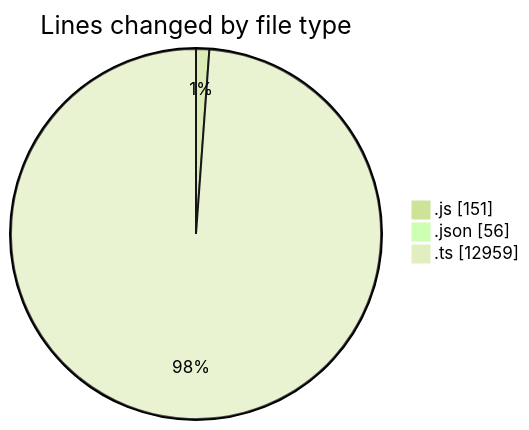
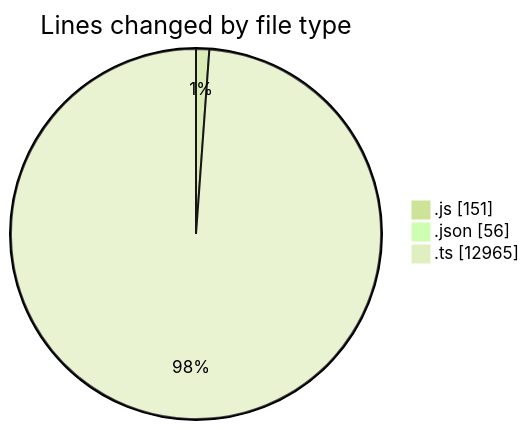
Before and after one commit to momahboobian/code-tracking: the first of 2 diagrams in 2025-09-04/cda/README.md, drawn with Mermaid (forest theme). The commit also changed other lines of this file and 1 other file, not shown here.

````diff
--- a/2025-09-04/cda/README.md
+++ b/2025-09-04/cda/README.md
@@ -30,7 +30,7 @@
 ```mermaid
 pie showData
 title Lines changed by file type
 ".js" : 151
 ".json" : 56
-".ts" : 12959
+".ts" : 12965
 ```
````
